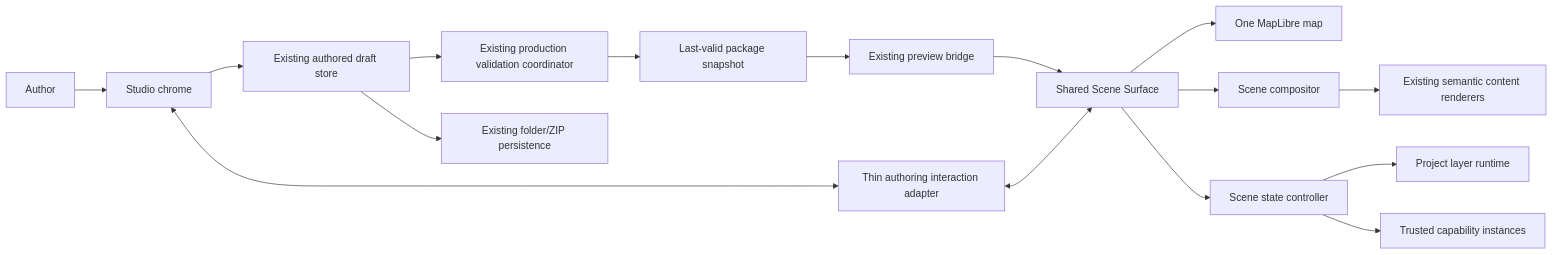
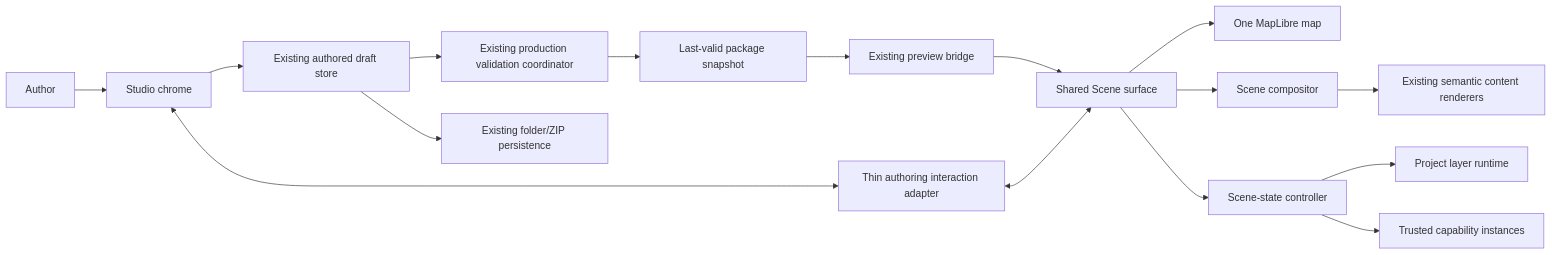
One commit to longpsu-bot/bandoxebus changed the diagram in docs/superpowers/specs/2026-08-30-map-story-studio-v1-1-desktop-design.md. Above: the diagram before and after it, drawn with Mermaid. The commit also changed other lines of this file, not shown here.

````diff
--- a/docs/superpowers/specs/2026-08-30-map-story-studio-v1-1-desktop-design.md
+++ b/docs/superpowers/specs/2026-08-30-map-story-studio-v1-1-desktop-design.md
@@ -218,18 +218,18 @@
 ```mermaid
 flowchart LR
     U[Author] --> E[Studio chrome]
     E --> D[Existing authored draft store]
     D --> V[Existing production validation coordinator]
     V --> LV[Last-valid package snapshot]
     LV --> PB[Existing preview bridge]
-    PB --> S[Shared Scene Surface]
+    PB --> S[Shared Scene surface]
     S --> M[One MapLibre map]
     S --> C[Scene compositor]
-    S --> SC[Scene state controller]
+    S --> SC[Scene-state controller]
     SC --> LR[Project layer runtime]
     SC --> CR[Trusted capability instances]
     C --> R[Existing semantic content renderers]
     E <--> AI[Thin authoring interaction adapter]
     AI <--> S
     D --> P[Existing folder/ZIP persistence]
 ```
````
